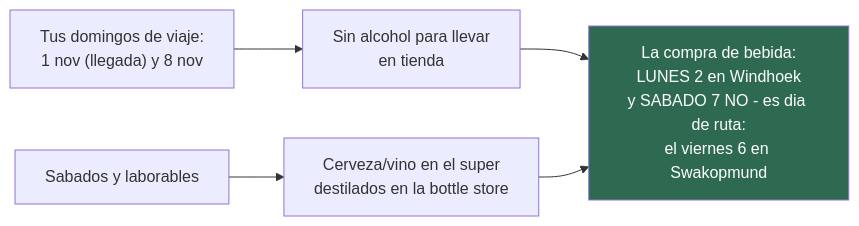
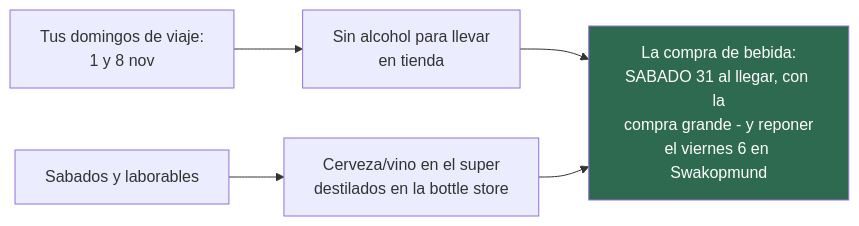
The first of 2 diagrams in 08-comida-compras-y-regalos.md (morandeirachema/namibia), drawn with Mermaid before and after one commit. The commit also changed other lines of this file and 13 other files, not shown here.

````diff
--- a/08-comida-compras-y-regalos.md
+++ b/08-comida-compras-y-regalos.md
@@ -26,8 +26,8 @@
 ```mermaid
 flowchart LR
-    A["Tus domingos de viaje:<br/>1 nov (llegada) y 8 nov"] --> B["Sin alcohol para llevar<br/>en tienda"]
+    A["Tus domingos de viaje:<br/>1 y 8 nov"] --> B["Sin alcohol para llevar<br/>en tienda"]
     C["Sabados y laborables"] --> D["Cerveza/vino en el super<br/>destilados en la bottle store"]
-    B --> E["La compra de bebida:<br/>LUNES 2 en Windhoek<br/>y SABADO 7 NO - es dia de ruta:<br/>el viernes 6 en Swakopmund"]
+    B --> E["La compra de bebida:<br/>SABADO 31 al llegar, con la<br/>compra grande - y reponer<br/>el viernes 6 en Swakopmund"]
     D --> E
     style E fill:#2d6a4f,color:#fff
 ```
````
